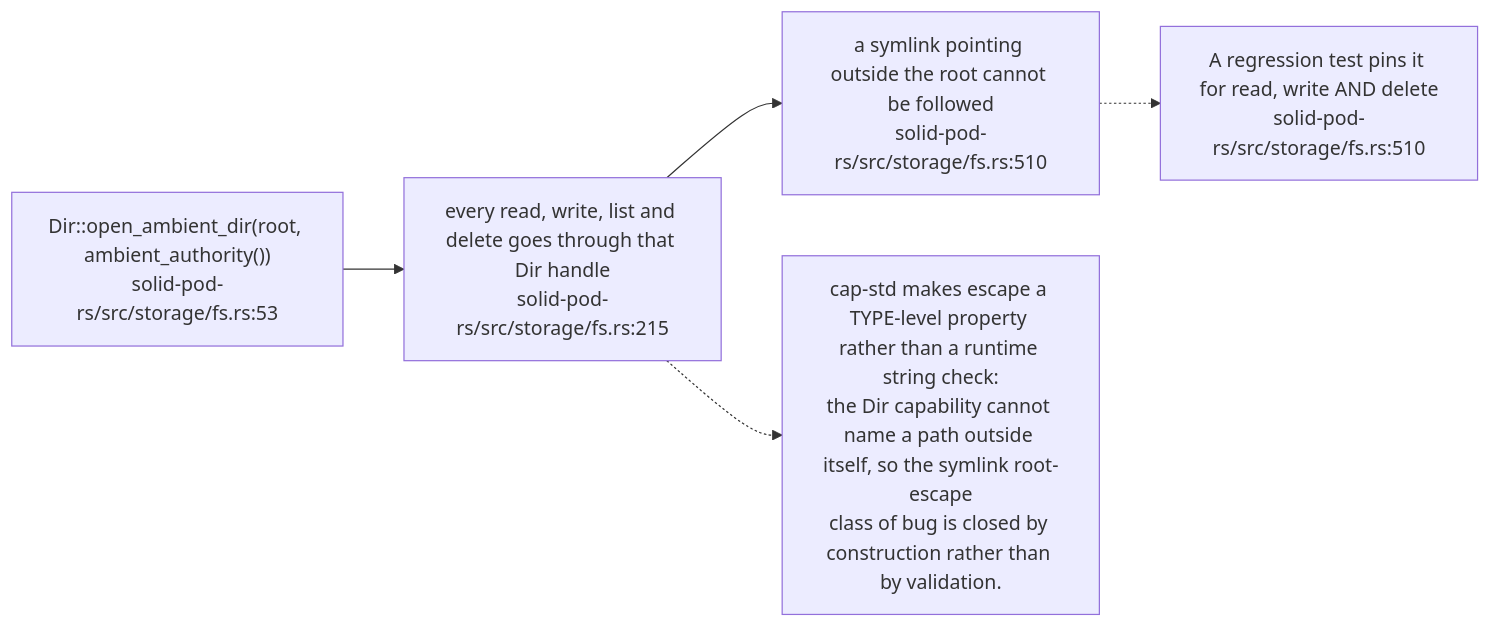
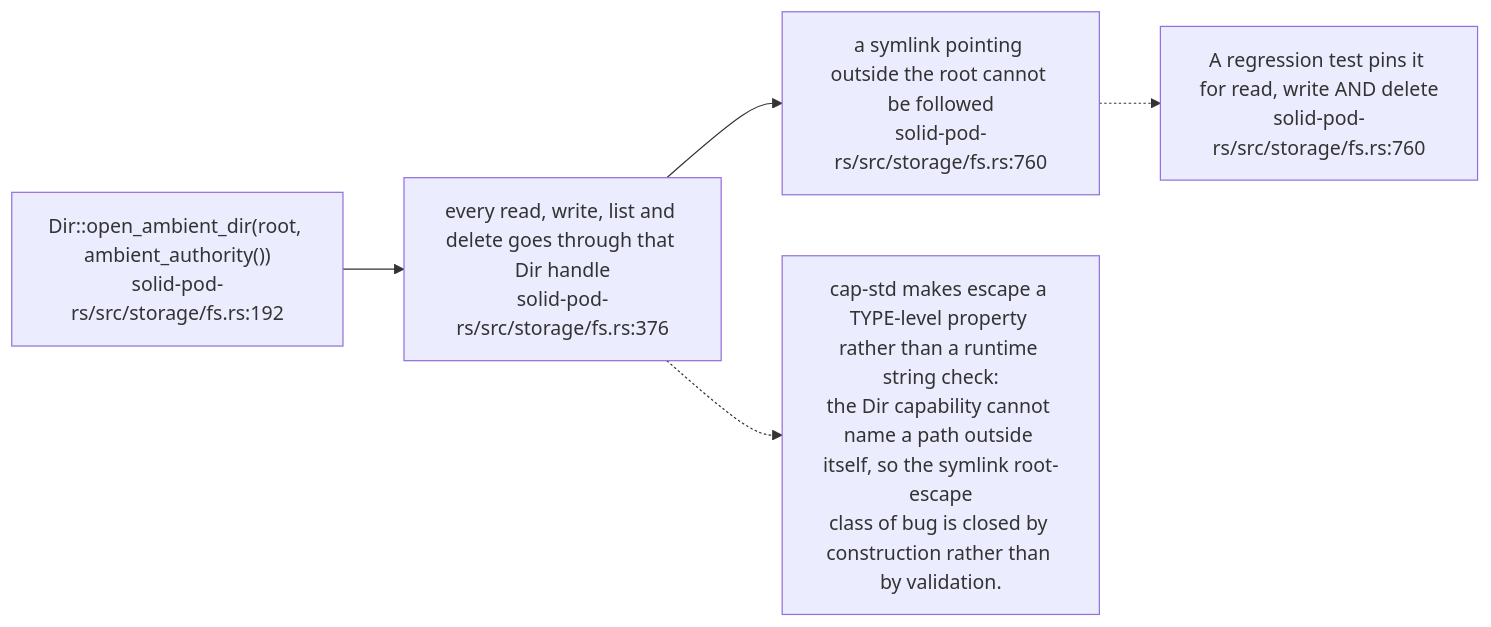
Before and after one commit to DreamLab-AI/VisionFlow: the third of 12 diagrams in docs/diagrams/solid-pod-rs/06-storage-quota-and-git-pods.md, drawn with Mermaid. The commit also changed other lines of this file and 1 other file, not shown here.

First line of the commit message:
docs(diagrams): SP-02, SP-06 re-verified at solid-pod-rs a28a748

````diff
--- a/docs/diagrams/solid-pod-rs/06-storage-quota-and-git-pods.md
+++ b/docs/diagrams/solid-pod-rs/06-storage-quota-and-git-pods.md
@@ -97,13 +106,13 @@
 ```mermaid
 flowchart LR
-    OPEN["Dir::open_ambient_dir(root, ambient_authority())<br/>solid-pod-rs/src/storage/fs.rs:53"]
-    CAP["every read, write, list and delete goes through that Dir handle<br/>solid-pod-rs/src/storage/fs.rs:215"]
-    SYM["a symlink pointing outside the root cannot be followed<br/>solid-pod-rs/src/storage/fs.rs:510"]
+    OPEN["Dir::open_ambient_dir(root, ambient_authority())<br/>solid-pod-rs/src/storage/fs.rs:192"]
+    CAP["every read, write, list and delete goes through that Dir handle<br/>solid-pod-rs/src/storage/fs.rs:376"]
+    SYM["a symlink pointing outside the root cannot be followed<br/>solid-pod-rs/src/storage/fs.rs:760"]
 
     OPEN --> CAP --> SYM
 
     N["cap-std makes escape a TYPE-level property rather than a runtime string check:<br/>the Dir capability cannot name a path outside itself, so the symlink root-escape<br/>class of bug is closed by construction rather than by validation."]
     CAP -.-> N
-    N2["A regression test pins it for read, write AND delete<br/>solid-pod-rs/src/storage/fs.rs:510"]
+    N2["A regression test pins it for read, write AND delete<br/>solid-pod-rs/src/storage/fs.rs:760"]
     SYM -.-> N2
 ```
````
